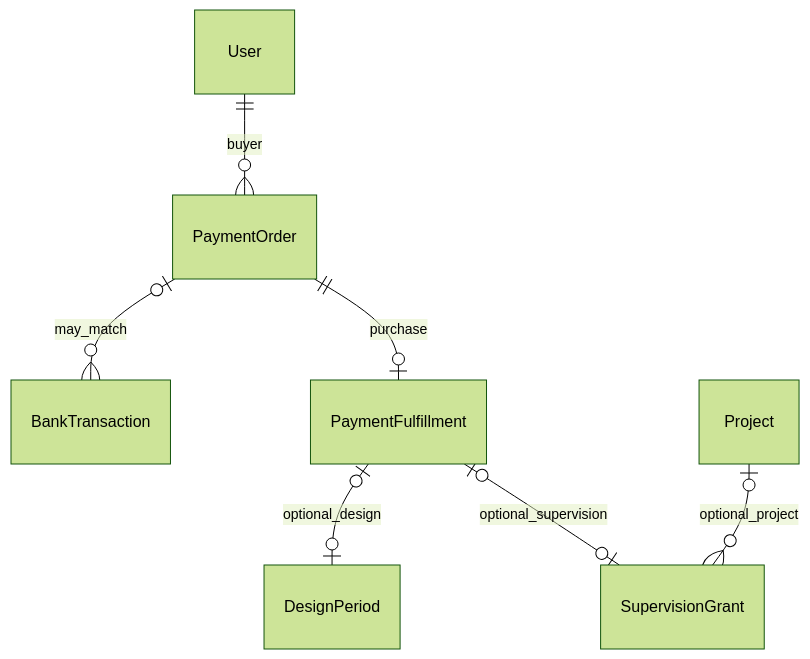
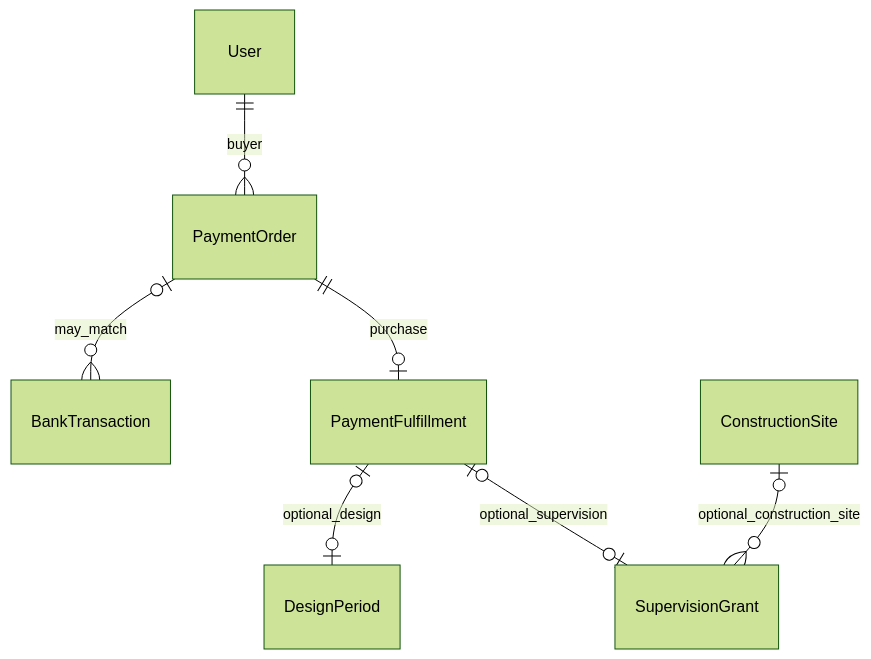
One commit to TaskCoper/bmt-documentation changed the fifth of 5 diagrams in tdd/TDD-PAY-002.md. Above: the diagram before and after it, drawn with Mermaid (forest theme). The commit also changed other lines of this file and 19 other files, not shown here.

````diff
--- a/tdd/TDD-PAY-002.md
+++ b/tdd/TDD-PAY-002.md
@@ -212,9 +212,9 @@
 ```mermaid
 erDiagram
     User ||--o{ PaymentOrder : buyer
     PaymentOrder o|--o{ BankTransaction : may_match
     PaymentOrder ||--o| PaymentFulfillment : purchase
     PaymentFulfillment o|--o| DesignPeriod : optional_design
     PaymentFulfillment o|--o| SupervisionGrant : optional_supervision
-    Project o|--o{ SupervisionGrant : optional_project
+    ConstructionSite o|--o{ SupervisionGrant : optional_construction_site
 ```
````
